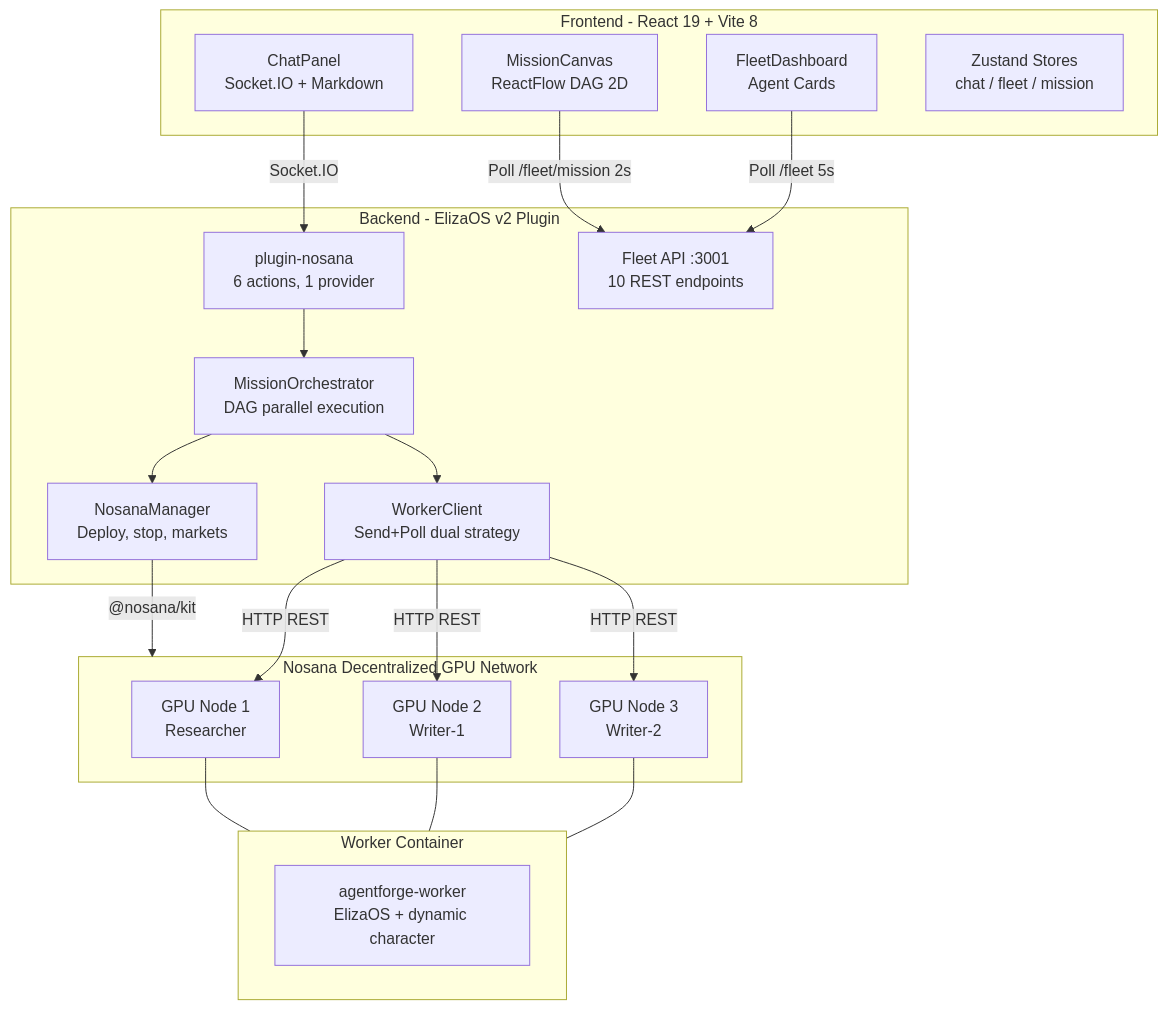
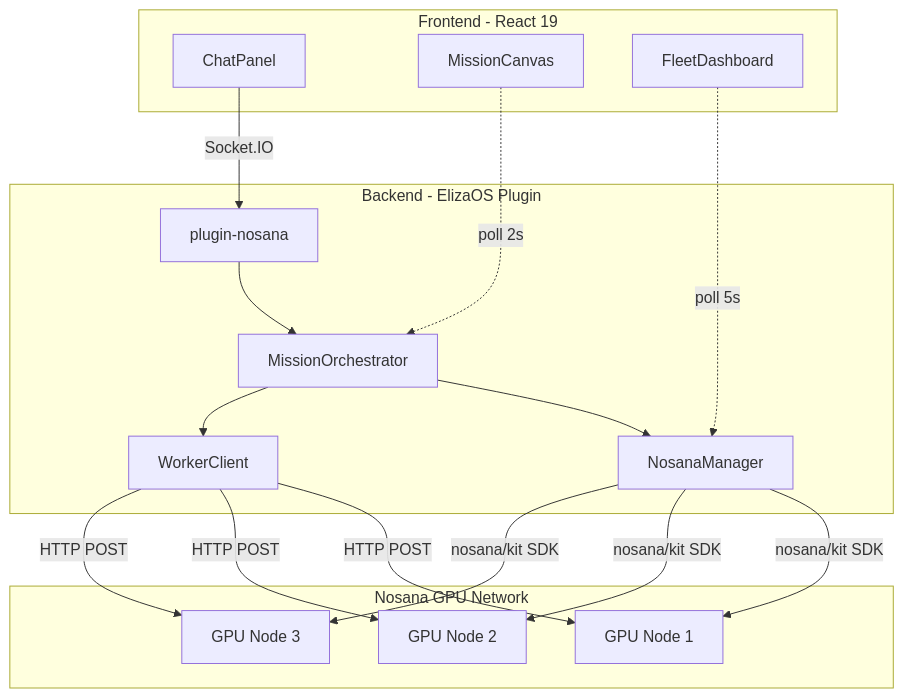
Before and after one commit to Andy00L/agent-challenge-4: the second of 4 diagrams in README.md, drawn with Mermaid. The commit also changed other lines of this file and 55 other files, not shown here.

````diff
--- a/README.md
+++ b/README.md
@@ -37,41 +38,31 @@
 ```mermaid
 graph TB
-    subgraph Frontend["Frontend - React 19 + Vite 8"]
-        Chat["ChatPanel\nSocket.IO + Markdown"]
-        Canvas["MissionCanvas\nReactFlow DAG 2D"]
-        Fleet["FleetDashboard\nAgent Cards"]
-        Stores["Zustand Stores\nchat / fleet / mission"]
+    subgraph Frontend - React 19
+        Chat[ChatPanel]
+        Canvas[MissionCanvas]
+        Fleet[FleetDashboard]
     end
-
-    subgraph Backend["Backend - ElizaOS v2 Plugin"]
-        Plugin["plugin-nosana\n6 actions, 1 provider"]
-        Orch["MissionOrchestrator\nDAG parallel execution"]
-        WC["WorkerClient\nSend+Poll dual strategy"]
-        NM["NosanaManager\nDeploy, stop, markets"]
-        FleetAPI["Fleet API :3001\n10 REST endpoints"]
+    subgraph Backend - ElizaOS Plugin
+        Plugin[plugin-nosana]
+        Orch[MissionOrchestrator]
+        Manager[NosanaManager]
+        Worker[WorkerClient]
     end
-
-    subgraph Nosana["Nosana Decentralized GPU Network"]
-        M1["GPU Node 1\nResearcher"]
-        M2["GPU Node 2\nWriter-1"]
-        M3["GPU Node 3\nWriter-2"]
+    subgraph Nosana GPU Network
+        GPU1[GPU Node 1]
+        GPU2[GPU Node 2]
+        GPU3[GPU Node 3]
     end
-
-    subgraph Worker["Worker Container"]
-        WI["agentforge-worker\nElizaOS + dynamic character"]
-    end
-
     Chat -->|Socket.IO| Plugin
     Plugin --> Orch
-    Orch --> NM
-    Orch --> WC
-    NM -->|"@nosana/kit"| Nosana
-    WC -->|HTTP REST| M1
-    WC -->|HTTP REST| M2
-    WC -->|HTTP REST| M3
-    M1 --- Worker
-    M2 --- Worker
-    M3 --- Worker
-    Canvas -->|"Poll /fleet/mission 2s"| FleetAPI
-    Fleet -->|"Poll /fleet 5s"| FleetAPI
+    Orch --> Manager
+    Orch --> Worker
+    Manager -->|nosana/kit SDK| GPU1
+    Manager -->|nosana/kit SDK| GPU2
+    Manager -->|nosana/kit SDK| GPU3
+    Worker -->|HTTP POST| GPU1
+    Worker -->|HTTP POST| GPU2
+    Worker -->|HTTP POST| GPU3
+    Canvas -.->|poll 2s| Orch
+    Fleet -.->|poll 5s| Manager
 ```
````
